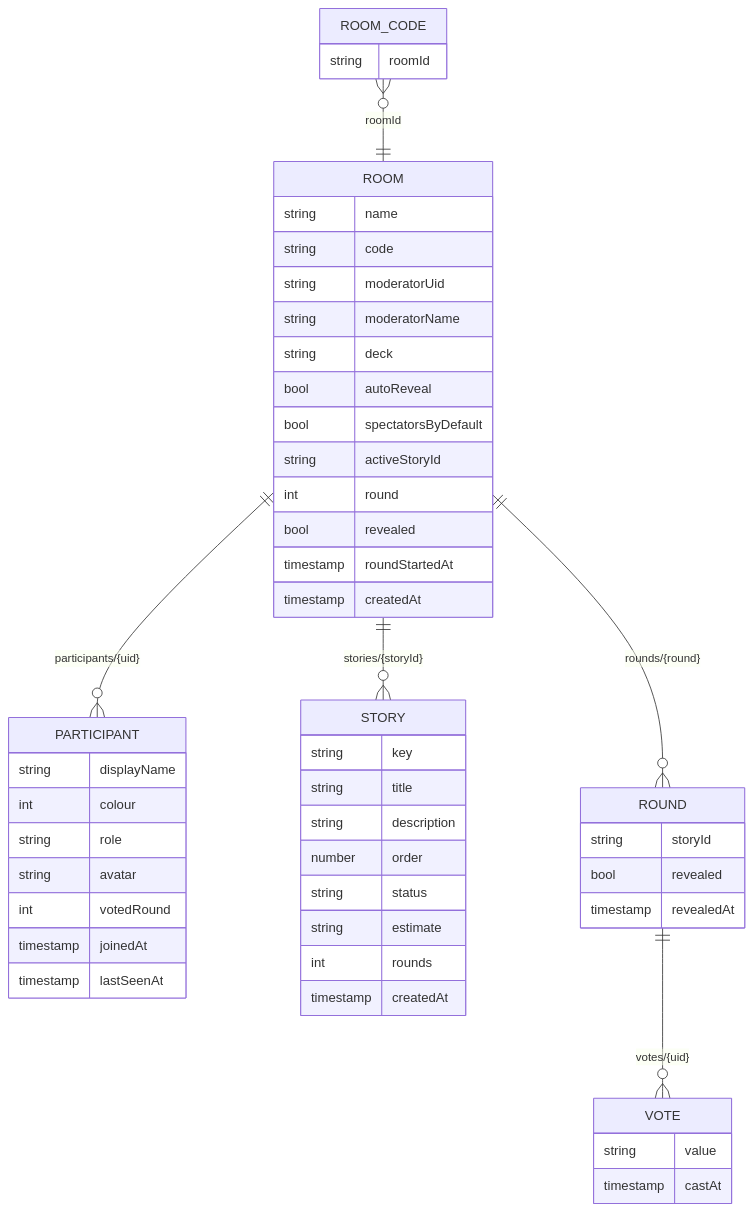
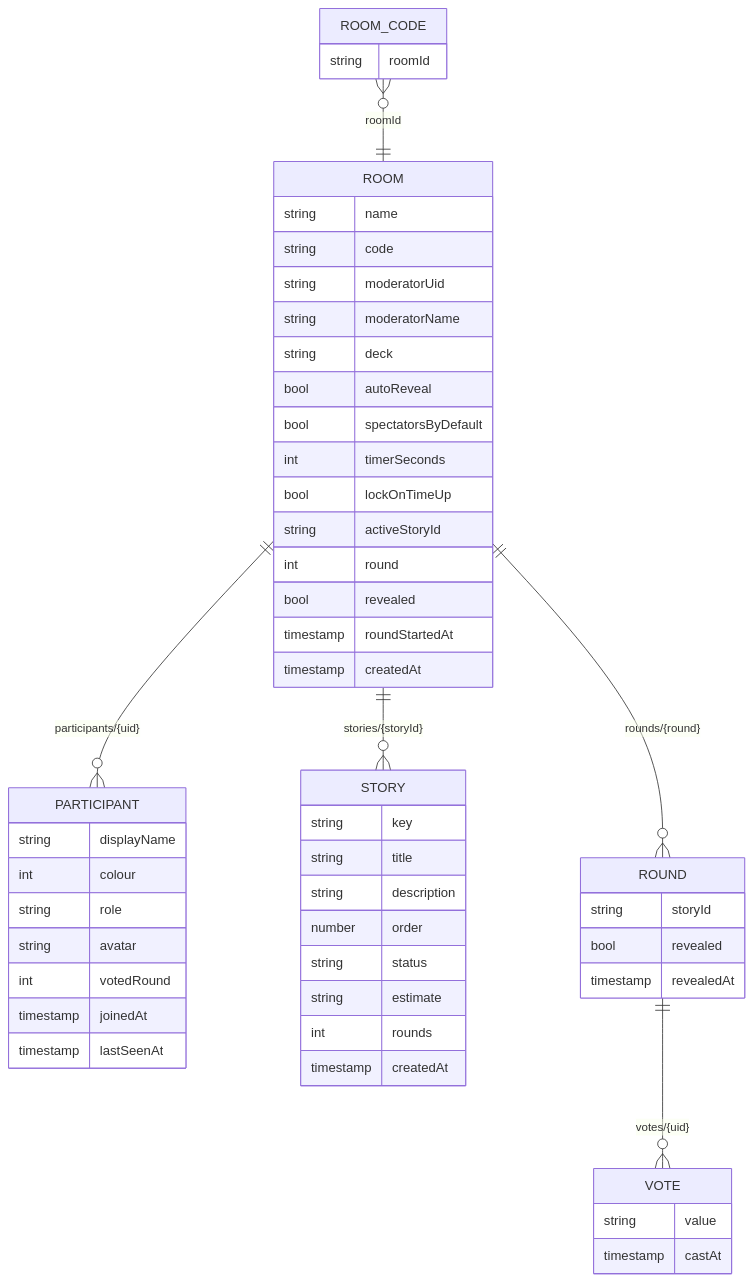
Before and after one commit to RaviAkhouri30/PlanningPoker: the diagram in docs/architecture/data-model.md, drawn with Mermaid. The commit also changed other lines of this file and 50 other files, not shown here.

First line of the commit message:
feat(room): round countdown with a warning, time-up lock and moderator controls (v1.6.0)

````diff
--- a/docs/architecture/data-model.md
+++ b/docs/architecture/data-model.md
@@ -7,53 +7,55 @@
 ```mermaid
 erDiagram
   ROOM ||--o{ PARTICIPANT : "participants/{uid}"
   ROOM ||--o{ STORY : "stories/{storyId}"
   ROOM ||--o{ ROUND : "rounds/{round}"
   ROUND ||--o{ VOTE : "votes/{uid}"
   ROOM_CODE }o--|| ROOM : "roomId"
   ROOM {
     string name
     string code
     string moderatorUid
     string moderatorName
     string deck
     bool autoReveal
     bool spectatorsByDefault
+    int timerSeconds
+    bool lockOnTimeUp
     string activeStoryId
     int round
     bool revealed
     timestamp roundStartedAt
     timestamp createdAt
   }
   PARTICIPANT {
     string displayName
     int colour
     string role
     string avatar
     int votedRound
     timestamp joinedAt
     timestamp lastSeenAt
   }
   STORY {
     string key
     string title
     string description
     number order
     string status
     string estimate
     int rounds
     timestamp createdAt
   }
   ROUND {
     string storyId
     bool revealed
     timestamp revealedAt
   }
   VOTE {
     string value
     timestamp castAt
   }
   ROOM_CODE {
     string roomId
   }
 ```
````
